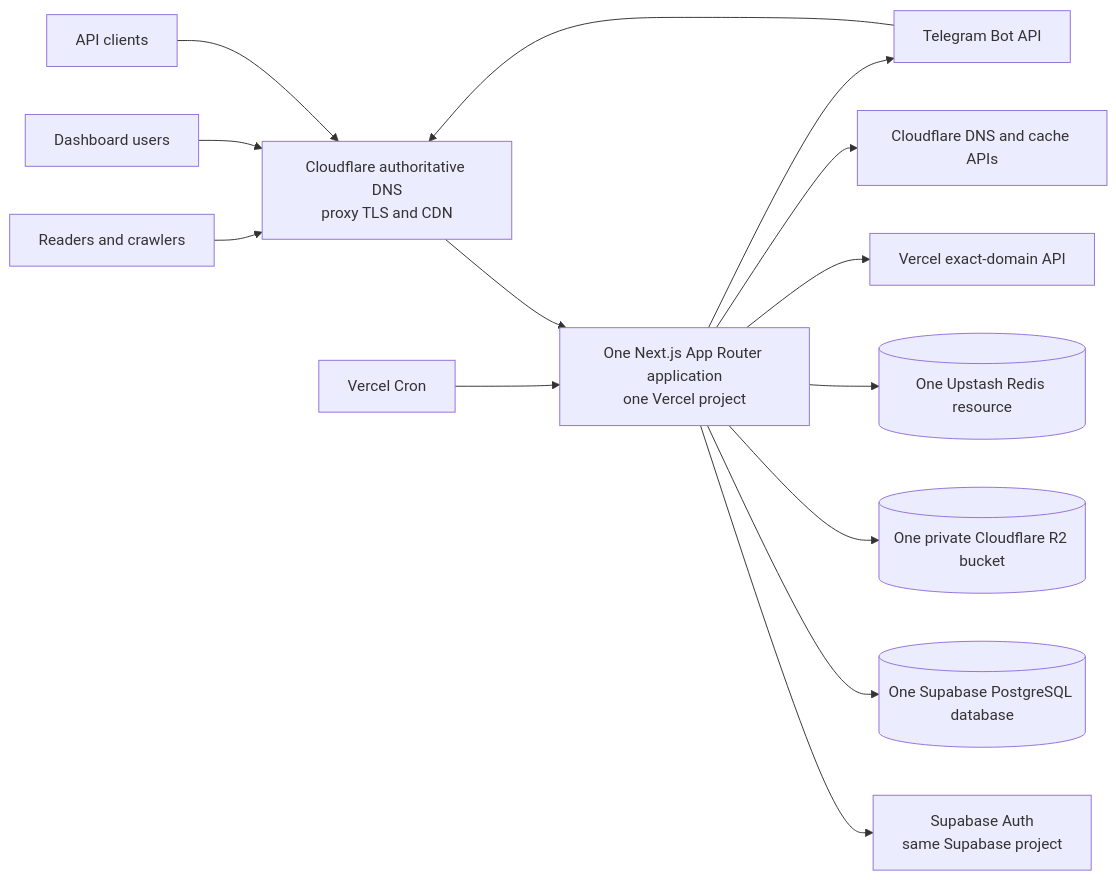
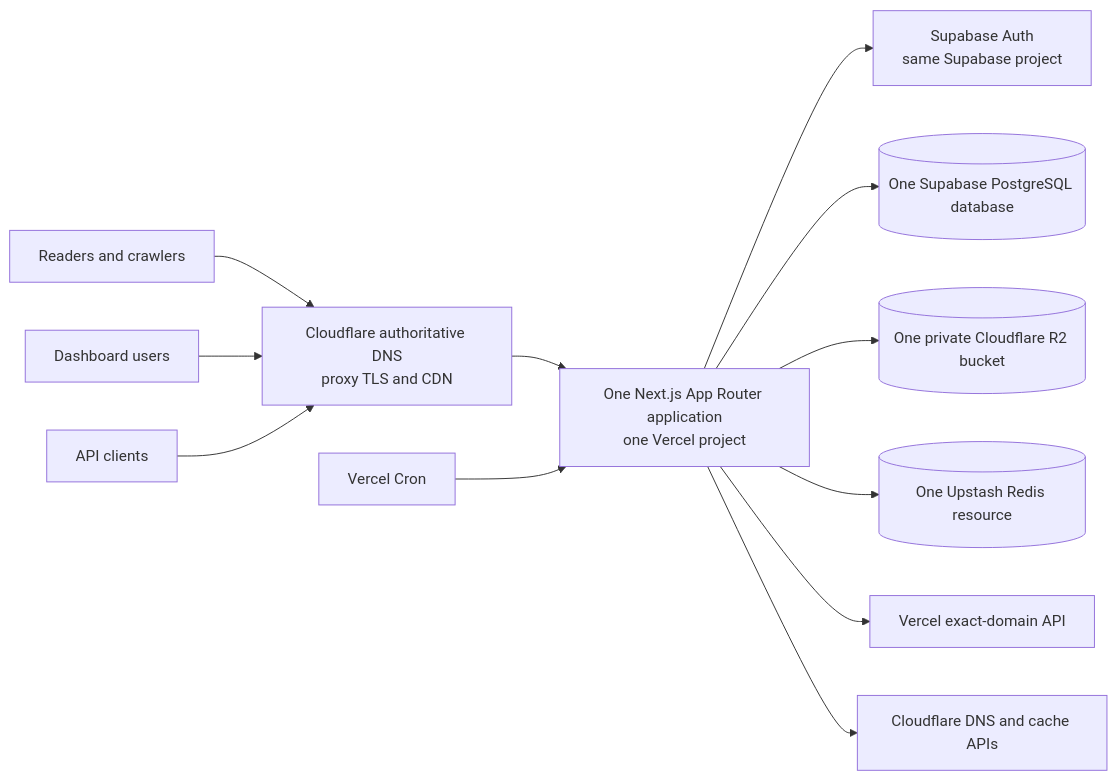
Before and after one commit to idugeni/indicate: the first of 3 diagrams in docs/architecture.md, drawn with Mermaid. The commit also changed other lines of this file and 109 other files, not shown here.

````diff
--- a/docs/architecture.md
+++ b/docs/architecture.md
@@ -39,16 +39,14 @@
 ```mermaid
 flowchart LR
     Reader[Readers and crawlers] --> CF[Cloudflare authoritative DNS\nproxy TLS and CDN]
     CMSUser[Dashboard users] --> CF
     APIClient[API clients] --> CF
-    Telegram[Telegram Bot API] --> CF
     CF --> App[One Next.js App Router application\none Vercel project]
     Cron[Vercel Cron] --> App
     App --> Auth[Supabase Auth\nsame Supabase project]
     App --> DB[(One Supabase PostgreSQL database)]
     App --> R2[(One private Cloudflare R2 bucket)]
     App --> Redis[(One Upstash Redis resource)]
     App --> VercelDomains[Vercel exact-domain API]
     App --> CloudflareAPI[Cloudflare DNS and cache APIs]
-    App --> Telegram
 ```
````
